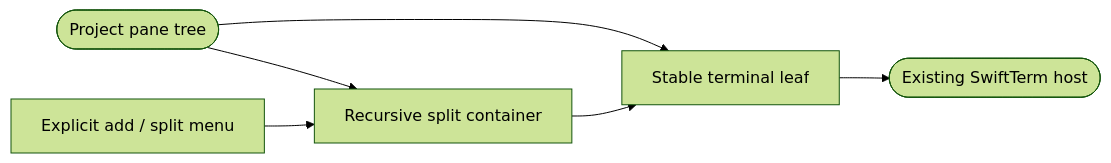
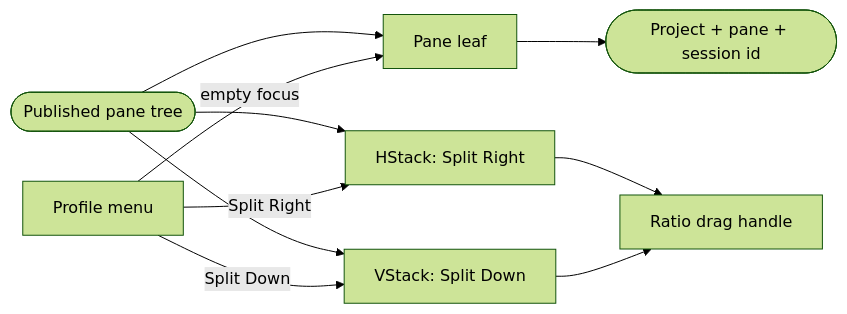
Before and after one commit to chrischeng-c4/axiom: the first of 2 diagrams in apps/workbench/tech-design/logic/render-recursive-terminal-panes-with-explicit-split-controls.md, drawn with Mermaid (forest theme). The commit also changed other lines of this file, not shown here.

Commit message:
td(2500) — contract section: logic
Lifecycle-Slug: 2500
Work-Item: 2500
Lifecycle-Stage: Td-Section
Lifecycle-Phase: td_contract_in_progress
Lifecycle-Pass: contract
TD-Section: logic
Previous-Phase: td_applicability_created
Next-Phase: td_contract_in_progress
Next-Command: aw td create

````diff
--- a/apps/workbench/tech-design/logic/render-recursive-terminal-panes-with-explicit-split-controls.md
+++ b/apps/workbench/tech-design/logic/render-recursive-terminal-panes-with-explicit-split-controls.md
@@ -10,24 +10,34 @@
 ```mermaid
 ---
-id: workbench-recursive-pane-renderer-applicability
+id: workbench-recursive-pane-renderer-contract
 entry: pane-tree
 nodes:
-  tree: { kind: start, label: "project pane tree" }
-  leaf: { kind: process, label: "stable terminal leaf" }
-  split: { kind: process, label: "recursive split container" }
-  control: { kind: process, label: "explicit add or split menu" }
-  surface: { kind: terminal, label: "existing SwiftTerm host" }
+  tree: { kind: start, label: "published pane tree" }
+  leaf: { kind: process, label: "pane leaf" }
+  hsplit: { kind: process, label: "HStack split right" }
+  vsplit: { kind: process, label: "VStack split down" }
+  divider: { kind: process, label: "ratio drag handle" }
+  add: { kind: process, label: "profile add menu" }
+  surface: { kind: terminal, label: "project-pane-session surface id" }
 edges:
   - { from: tree, to: leaf }
-  - { from: tree, to: split }
-  - { from: split, to: leaf }
-  - { from: control, to: split }
+  - { from: tree, to: hsplit }
+  - { from: tree, to: vsplit }
+  - { from: hsplit, to: divider }
+  - { from: vsplit, to: divider }
+  - { from: add, to: leaf, label: "empty focus" }
+  - { from: add, to: hsplit, label: "Split Right" }
+  - { from: add, to: vsplit, label: "Split Down" }
   - { from: leaf, to: surface }
 ---
 flowchart LR
-  tree([Project pane tree]) --> leaf[Stable terminal leaf]
-  tree --> split[Recursive split container]
-  split --> leaf
-  control[Explicit add / split menu] --> split
-  leaf --> surface([Existing SwiftTerm host])
+  tree([Published pane tree]) --> leaf[Pane leaf]
+  tree --> hsplit[HStack: Split Right]
+  tree --> vsplit[VStack: Split Down]
+  hsplit --> divider[Ratio drag handle]
+  vsplit --> divider
+  add[Profile menu] -->|empty focus| leaf
+  add -->|Split Right| hsplit
+  add -->|Split Down| vsplit
+  leaf --> surface([Project + pane + session id])
 ```
````
